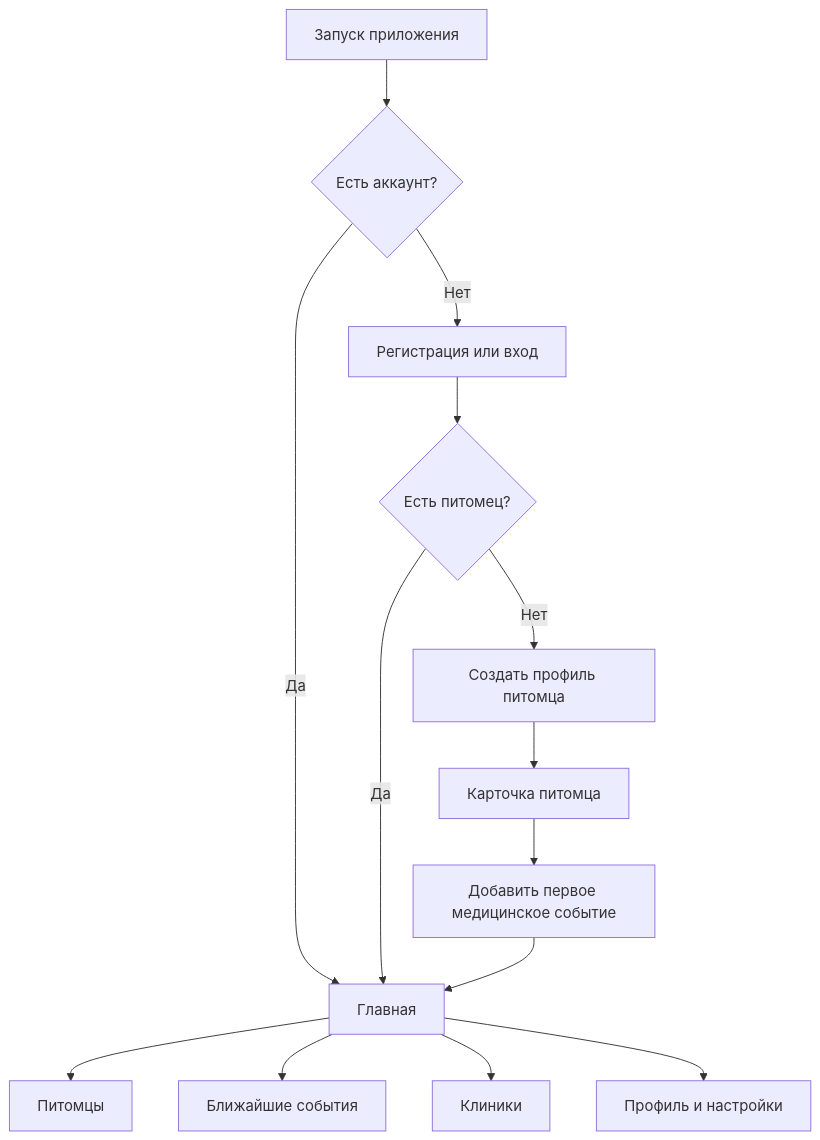
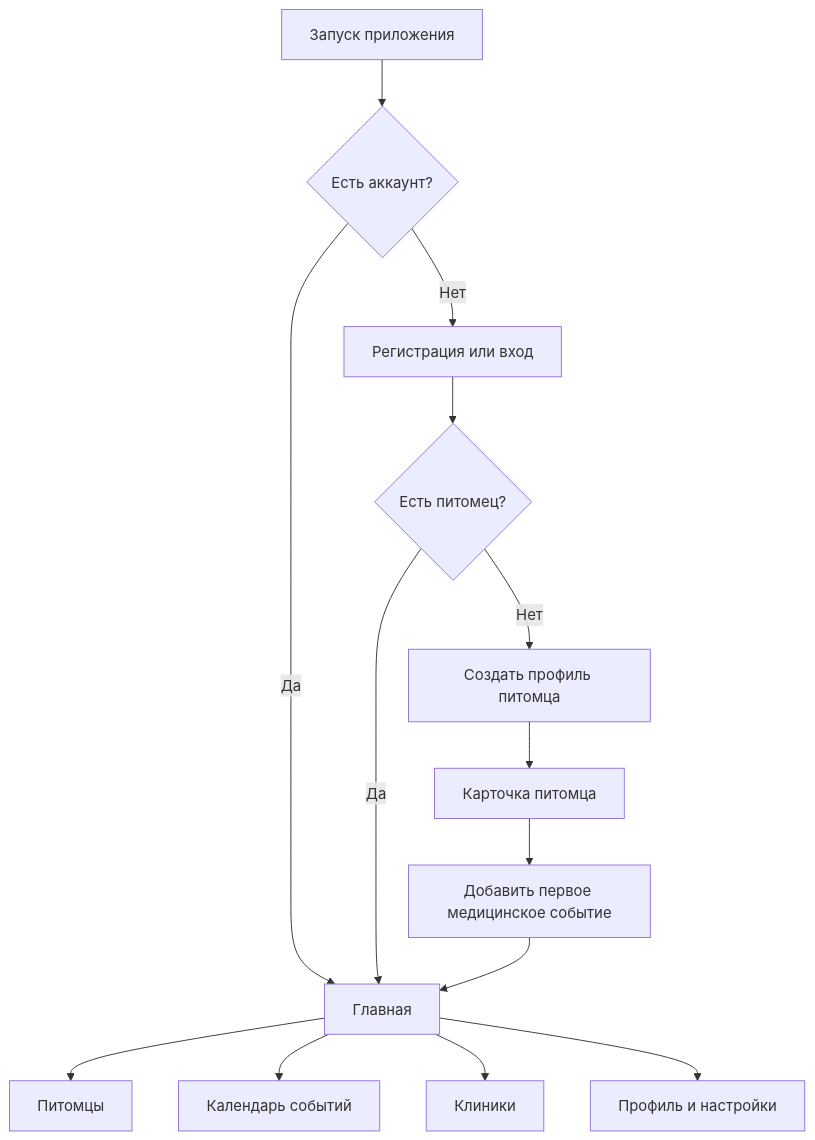
Before and after one commit to deepreshion/pet-worth: the first of 5 diagrams in docs/02-user-flows.md, drawn with Mermaid. The commit also changed other lines of this file and 8 other files, not shown here.

````diff
--- a/docs/02-user-flows.md
+++ b/docs/02-user-flows.md
@@ -15,16 +16,16 @@
 ```mermaid
 flowchart TD
     A[Запуск приложения] --> B{Есть аккаунт?}
     B -- Нет --> C[Регистрация или вход]
     B -- Да --> D[Главная]
     C --> E{Есть питомец?}
     E -- Нет --> F[Создать профиль питомца]
     E -- Да --> D
     F --> G[Карточка питомца]
     G --> H[Добавить первое медицинское событие]
     H --> D
     D --> I[Питомцы]
-    D --> J[Ближайшие события]
+    D --> J[Календарь событий]
     D --> K[Клиники]
     D --> L[Профиль и настройки]
 ```
````
